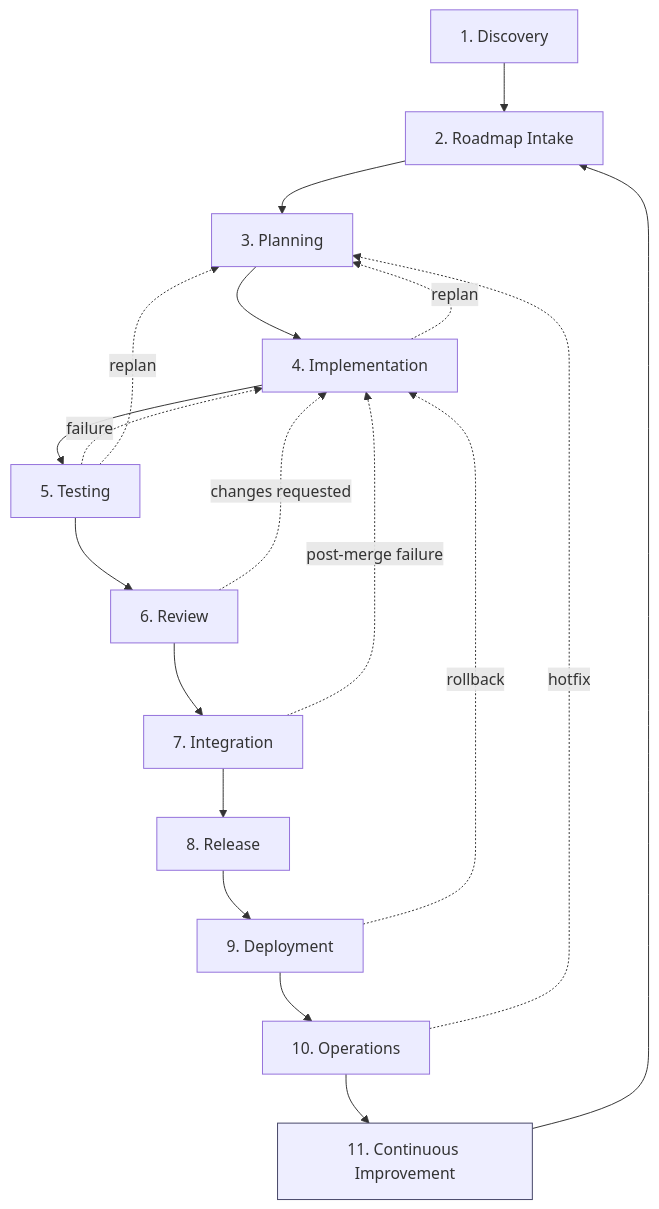
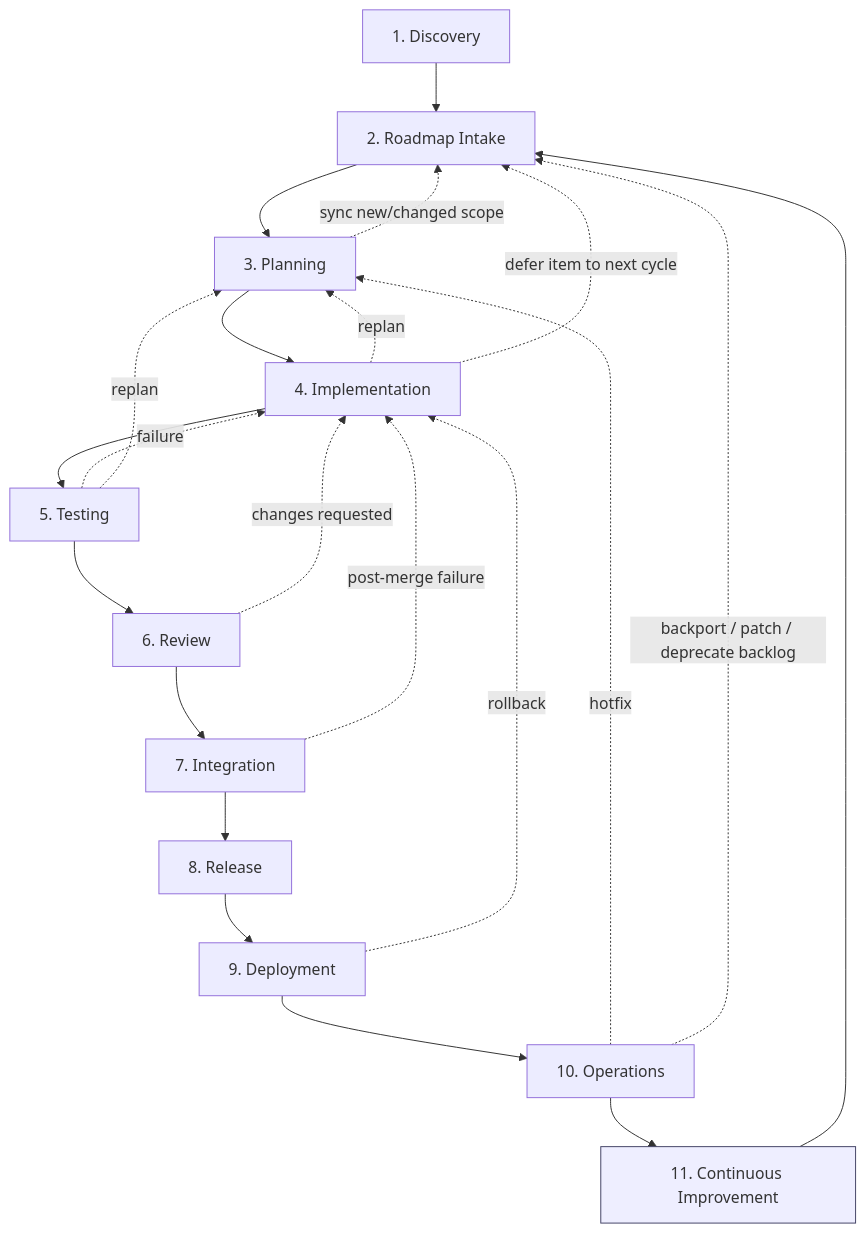
One commit to kamkie/technical-interview-demo changed the first of 8 diagrams in ai/specs/APPLICATION_LIFECYCLE_DIAGRAMS.md. Above: the diagram before and after it, drawn with Mermaid. The commit also changed other lines of this file, not shown here.

Commit message:
docs: enhance lifecycle diagrams with roadmap-feedback edges
Adds roadmap-feedback edges to `APPLICATION_LIFECYCLE_DIAGRAMS.md` for improved visualization of scope change handling mid-cycle.

````diff
--- a/ai/specs/APPLICATION_LIFECYCLE_DIAGRAMS.md
+++ b/ai/specs/APPLICATION_LIFECYCLE_DIAGRAMS.md
@@ -19,28 +19,33 @@
 ```mermaid
 flowchart TD
     D[1. Discovery] --> RI[2. Roadmap Intake]
     RI --> P[3. Planning]
     P --> I[4. Implementation]
     I --> T[5. Testing]
     T --> R[6. Review]
     R --> IG[7. Integration]
     IG --> RL[8. Release]
     RL --> DP[9. Deployment]
     DP --> OP[10. Operations]
     OP --> CI[11. Continuous Improvement]
     CI --> RI
 
     %% Conditional re-entries on failed gates
     R -. changes requested .-> I
     T -. failure .-> I
     DP -. rollback .-> I
     OP -. hotfix .-> P
     IG -. post-merge failure .-> I
 
     %% Cross-cutting Replan
     I -. replan .-> P
     T -. replan .-> P
 
+    %% Roadmap-feedback edges (localized Sync trigger; see diagram 6)
+    P -. sync new/changed scope .-> RI
+    I -. defer item to next cycle .-> RI
+    OP -. backport / patch / deprecate backlog .-> RI
+
     classDef terminal fill:#eef,stroke:#446,stroke-width:1px;
     class CI terminal;
 ```
````
